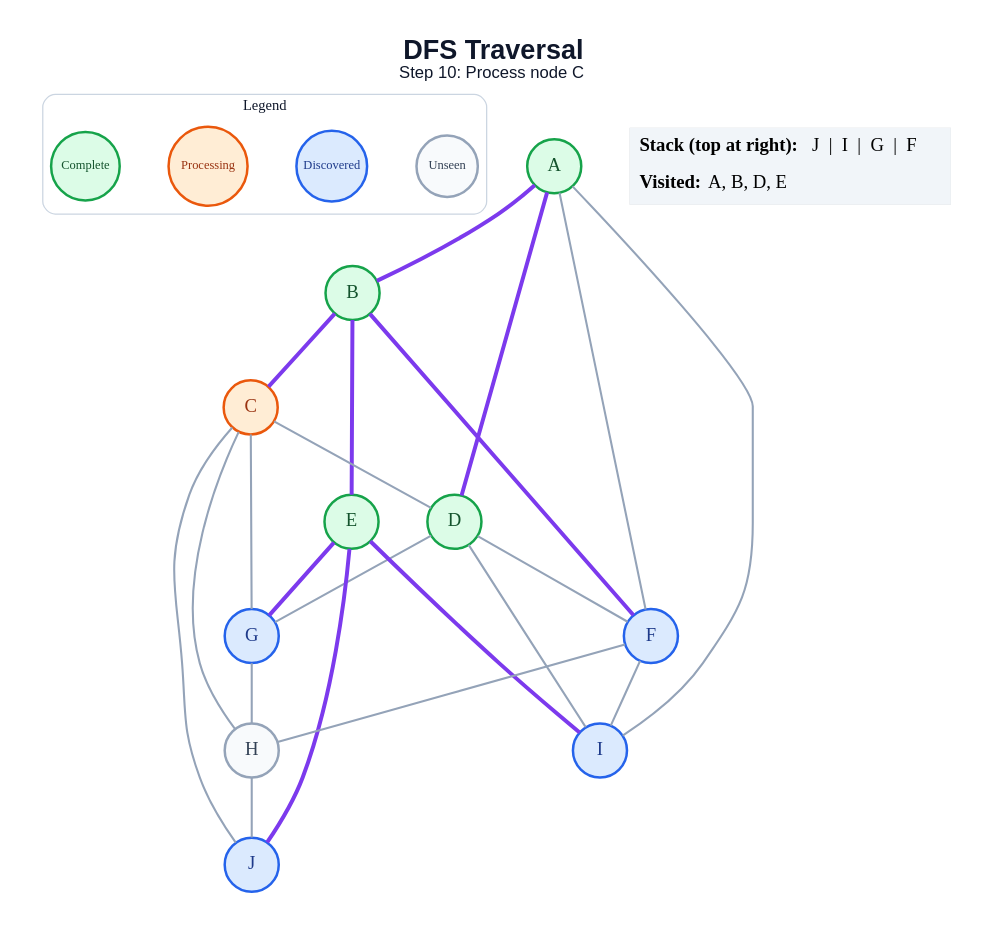
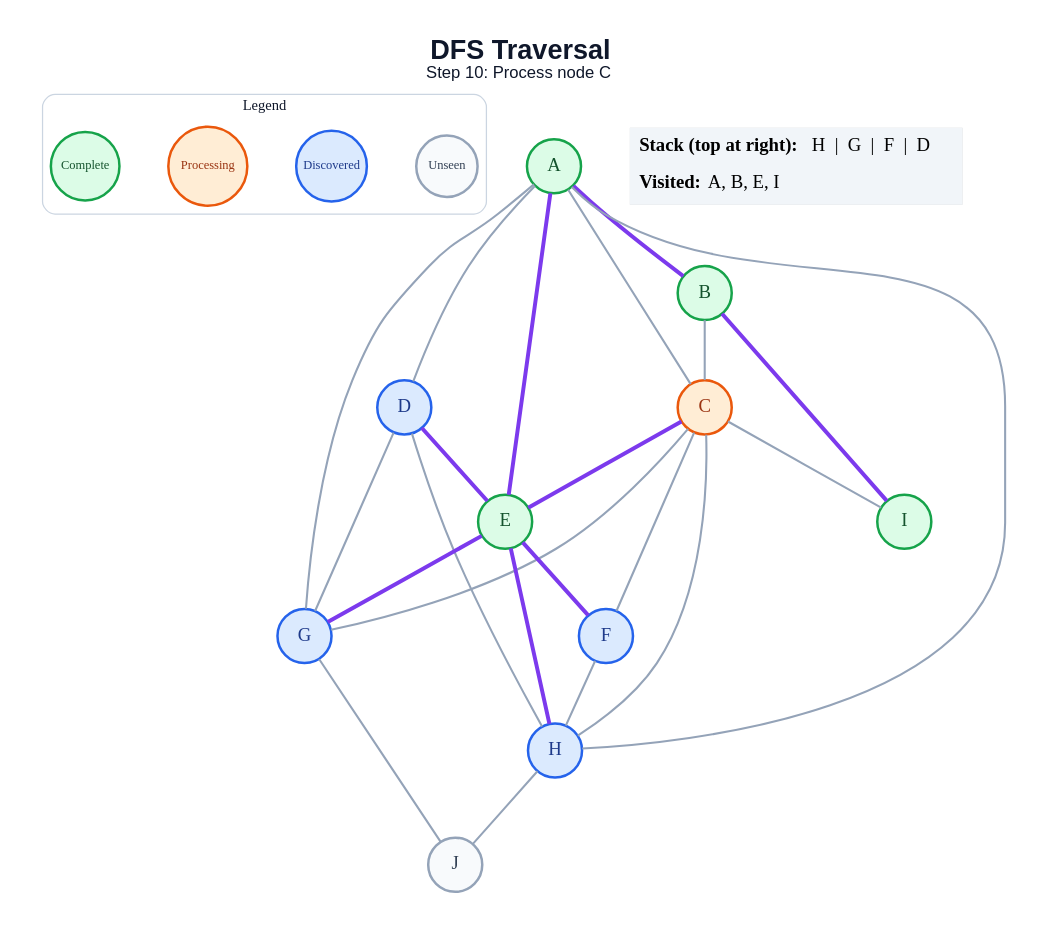
The diagram in generated/specific-node/dfs/step_10.dot (amanghodawala9/ai-slop), drawn with Graphviz before and after one commit. The commit also changed 178 other files, not shown here.

```diff
--- a/generated/specific-node/dfs/step_10.dot
+++ b/generated/specific-node/dfs/step_10.dot
@@ -1,50 +1,51 @@
 graph traversal {
   graph [layout=dot, rankdir=TB, bgcolor="#FFFFFF", pad="0.35", nodesep="0.65", ranksep="0.8", fontname="Arial"];
   node [shape=circle, style="filled", fontname="Arial Bold", fontsize=18, width=0.72, fixedsize=true, penwidth=2.4];
   edge [color="#94A3B8", penwidth=2.0];
   label=<<B>DFS Traversal</B><BR/><FONT POINT-SIZE="16">Step 10: Process node C</FONT>>; labelloc="t"; fontsize=26; fontname="Arial"; fontcolor="#0F172A";
   subgraph cluster_legend { label="Legend"; color="#CBD5E1"; penwidth=1.2; style="rounded"; fontsize=14; fontname="Arial Bold";
     key_unseen [label="Unseen", fillcolor="#F8FAFC", color="#94A3B8", fontcolor="#334155", fontsize=12, width=0.82];
     key_frontier [label="Discovered", fillcolor="#DBEAFE", color="#2563EB", fontcolor="#1E3A8A", fontsize=12, width=0.95];
     key_current [label="Processing", fillcolor="#FFEDD5", color="#EA580C", fontcolor="#9A3412", fontsize=12, width=1.05];
     key_done [label="Complete", fillcolor="#DCFCE7", color="#16A34A", fontcolor="#14532D", fontsize=12, width=0.92];
     { rank=same; key_unseen; key_frontier; key_current; key_done; }
   }
   A [fillcolor="#DCFCE7", color="#16A34A", fontcolor="#14532D"];
   B [fillcolor="#DCFCE7", color="#16A34A", fontcolor="#14532D"];
   C [fillcolor="#FFEDD5", color="#EA580C", fontcolor="#9A3412"];
-  D [fillcolor="#DCFCE7", color="#16A34A", fontcolor="#14532D"];
+  D [fillcolor="#DBEAFE", color="#2563EB", fontcolor="#1E3A8A"];
   E [fillcolor="#DCFCE7", color="#16A34A", fontcolor="#14532D"];
   F [fillcolor="#DBEAFE", color="#2563EB", fontcolor="#1E3A8A"];
   G [fillcolor="#DBEAFE", color="#2563EB", fontcolor="#1E3A8A"];
-  H [fillcolor="#F8FAFC", color="#94A3B8", fontcolor="#334155"];
-  I [fillcolor="#DBEAFE", color="#2563EB", fontcolor="#1E3A8A"];
-  J [fillcolor="#DBEAFE", color="#2563EB", fontcolor="#1E3A8A"];
+  H [fillcolor="#DBEAFE", color="#2563EB", fontcolor="#1E3A8A"];
+  I [fillcolor="#DCFCE7", color="#16A34A", fontcolor="#14532D"];
+  J [fillcolor="#F8FAFC", color="#94A3B8", fontcolor="#334155"];
   A -- B [color="#7C3AED", penwidth=3.8];
-  A -- D [color="#7C3AED", penwidth=3.8];
-  A -- F;
-  A -- I;
-  B -- C [color="#7C3AED", penwidth=3.8];
-  B -- E [color="#7C3AED", penwidth=3.8];
-  B -- F [color="#7C3AED", penwidth=3.8];
-  C -- D;
+  A -- C;
+  A -- D;
+  A -- E [color="#7C3AED", penwidth=3.8];
+  A -- G;
+  A -- H;
+  B -- C;
+  B -- I [color="#7C3AED", penwidth=3.8];
+  C -- E [color="#7C3AED", penwidth=3.8];
+  C -- F;
   C -- G;
   C -- H;
-  C -- J;
-  D -- F;
+  C -- I;
+  D -- E [color="#7C3AED", penwidth=3.8];
   D -- G;
-  D -- I;
+  D -- H;
+  E -- F [color="#7C3AED", penwidth=3.8];
   E -- G [color="#7C3AED", penwidth=3.8];
-  E -- I [color="#7C3AED", penwidth=3.8];
-  E -- J [color="#7C3AED", penwidth=3.8];
+  E -- H [color="#7C3AED", penwidth=3.8];
   F -- H;
-  F -- I;
-  G -- H;
+  G -- J;
   H -- J;
   status [shape=plain, fixedsize=false, width=0, height=0, margin=0, label=<
     <TABLE BORDER="0" CELLBORDER="0" CELLPADDING="7" BGCOLOR="#F1F5F9">
-      <TR><TD ALIGN="LEFT"><B>Stack (top at right):</B> J  |  I  |  G  |  F</TD></TR>
-      <TR><TD ALIGN="LEFT"><B>Visited:</B> A, B, D, E</TD></TR>
+      <TR><TD ALIGN="LEFT"><B>Stack (top at right):</B> H  |  G  |  F  |  D</TD></TR>
+      <TR><TD ALIGN="LEFT"><B>Visited:</B> A, B, E, I</TD></TR>
     </TABLE>
   >];
 }
```
